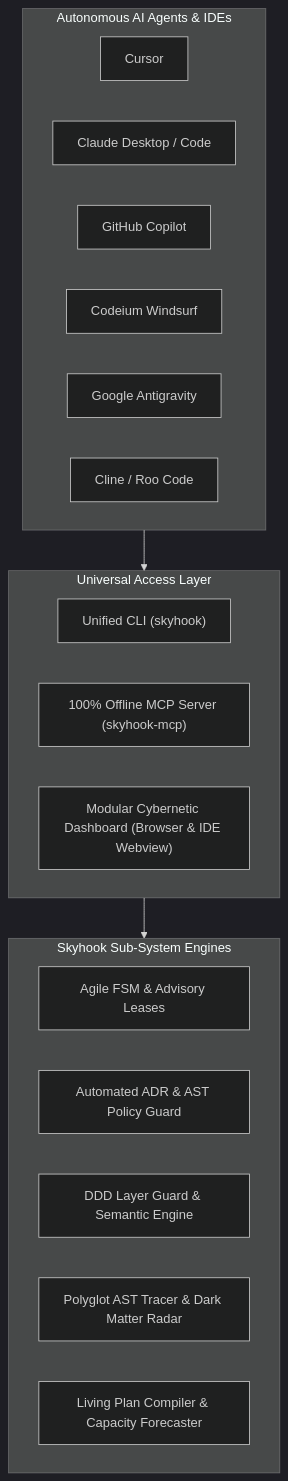
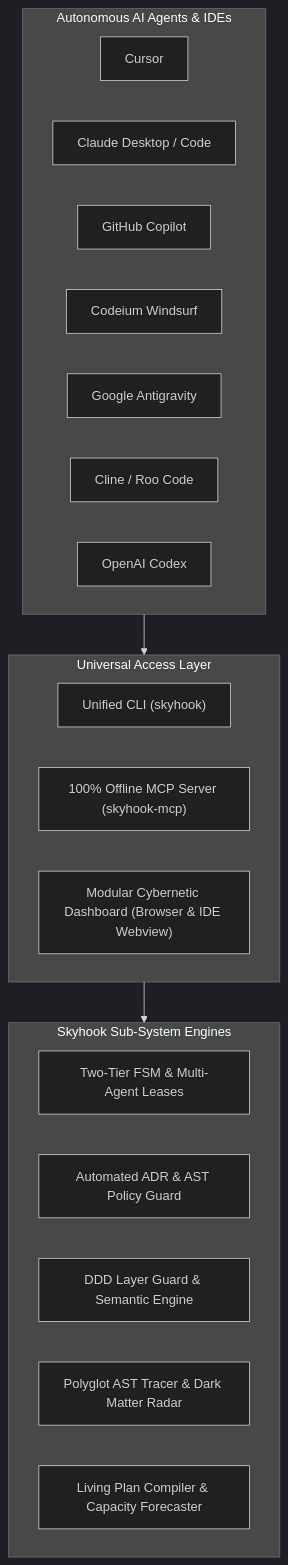
One commit to asadayoub/skyhook changed the diagram in README.md. Above: the diagram before and after it, drawn with Mermaid (dark theme). The commit also changed other lines of this file and 22 other files, not shown here.

First line of the commit message:
feat(backlog): fine-grained task & subtask hierarchy and two-tier multi-agent leasing system

````diff
--- a/README.md
+++ b/README.md
@@ -46,28 +46,29 @@
 ```mermaid
 flowchart TD
     subgraph Agents["Autonomous AI Agents & IDEs"]
         Cursor["Cursor"]
         Claude["Claude Desktop / Code"]
         Copilot["GitHub Copilot"]
         Windsurf["Codeium Windsurf"]
         Antigravity["Google Antigravity"]
         Cline["Cline / Roo Code"]
+        Codex["OpenAI Codex"]
     end
 
     subgraph Interface["Universal Access Layer"]
         CLI["Unified CLI (skyhook)"]
         MCP["100% Offline MCP Server (skyhook-mcp)"]
         Dashboard["Modular Cybernetic Dashboard (Browser & IDE Webview)"]
     end
 
     subgraph Core["Skyhook Sub-System Engines"]
-        BacklogEngine["Agile FSM & Advisory Leases"]
+        BacklogEngine["Two-Tier FSM & Multi-Agent Leases"]
         ADREngine["Automated ADR & AST Policy Guard"]
         DriftEngine["DDD Layer Guard & Semantic Engine"]
         TracerEngine["Polyglot AST Tracer & Dark Matter Radar"]
         PlanEngine["Living Plan Compiler & Capacity Forecaster"]
     end
 
     Agents --> Interface
     Interface --> Core
 ```
````
